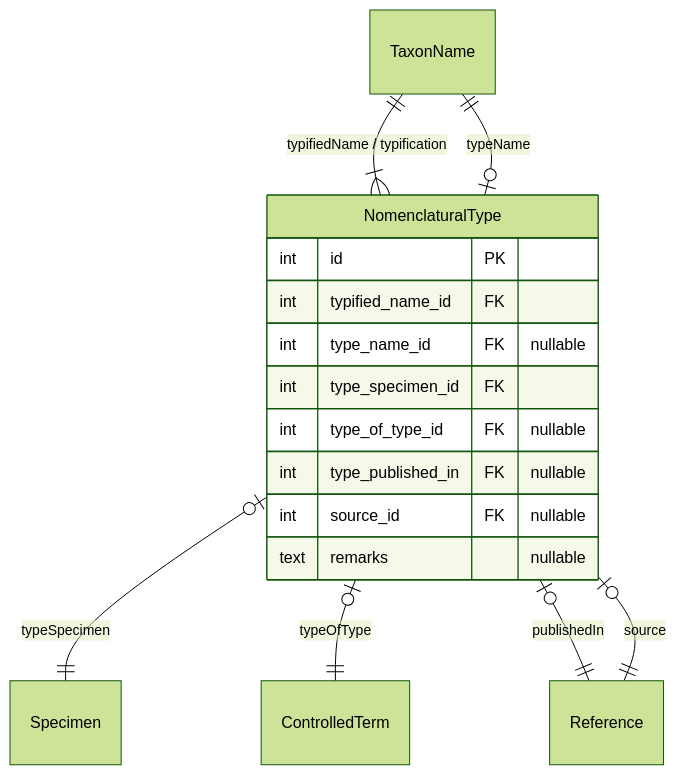
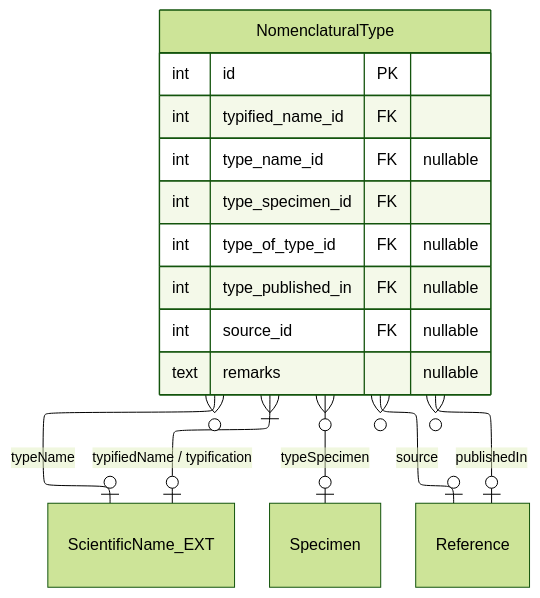
The fourth of 18 diagrams in docs/layers.md (vicflora/vicflora-data-model-2026), drawn with Mermaid (forest theme) before and after one commit. The commit also changed other lines of this file and 2 other files, not shown here.

````diff
--- a/docs/layers.md
+++ b/docs/layers.md
@@ -185,20 +238,24 @@
 ```mermaid
+---
+config:
+    layout: elk
+---
 erDiagram
-    TaxonName ||--|{ NomenclaturalType : "typifiedName / typification"
-    NomenclaturalType |o--|| TaxonName : "typeName"
-    NomenclaturalType |o--|| Specimen : "typeSpecimen"
-    NomenclaturalType |o--|| ControlledTerm : "typeOfType"
-    NomenclaturalType |o--|| Reference : "publishedIn"
-    NomenclaturalType |o--|| Reference : "source"
+%%    NomenclaturalType }|--o| ControlledTerm : "typeOfType"
+    NomenclaturalType }|--o| ScientificName_EXT : "typifiedName / typification"
+    NomenclaturalType }o--o| ScientificName_EXT : "typeName"
+    NomenclaturalType }o--o| Specimen : "typeSpecimen"
+    NomenclaturalType }o--o| Reference : "publishedIn"
+    NomenclaturalType }o--o| Reference : "source"
 
     NomenclaturalType {
         int id PK
         int typified_name_id FK
         int type_name_id FK "nullable"
         int type_specimen_id FK
         int type_of_type_id FK "nullable"
         int type_published_in FK "nullable"
         int source_id FK "nullable"
         text remarks "nullable"
     }
 ```
````
